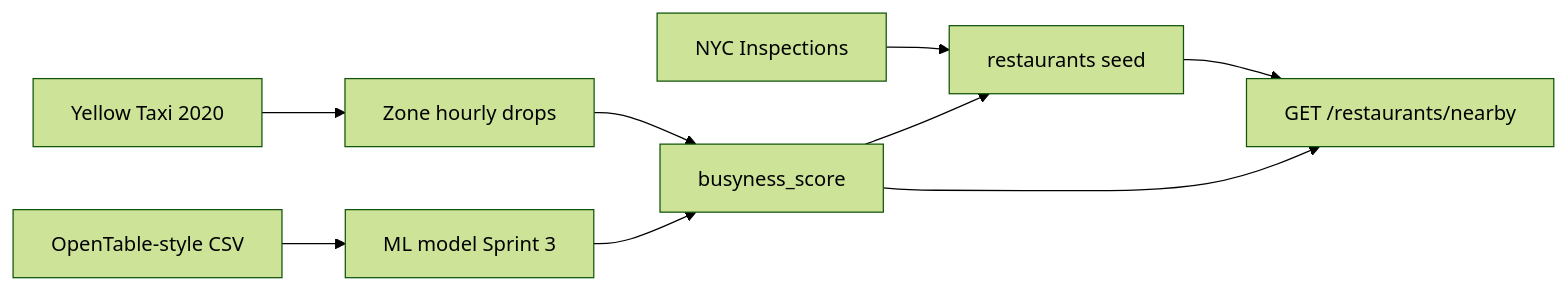
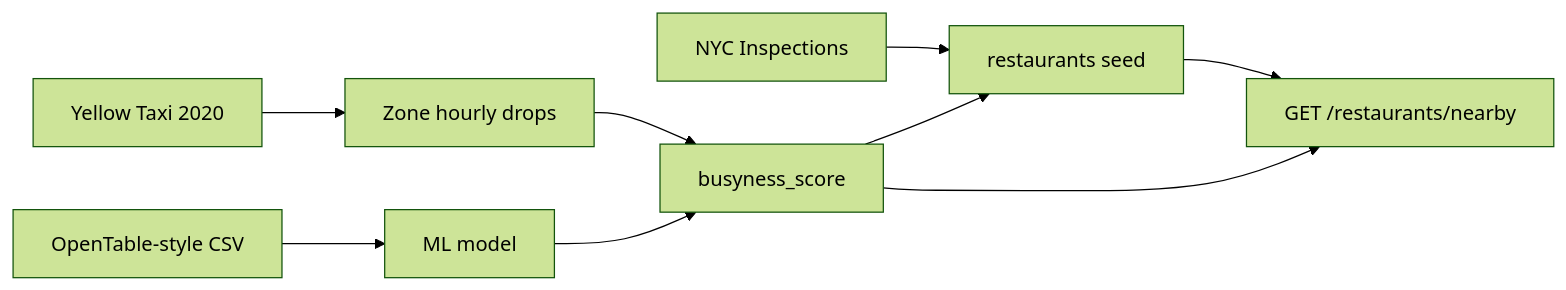
Before and after one commit to chukwuemekanwoke-jpg/comp47360-team2: the diagram in docs/data-strategy.md, drawn with Mermaid (forest theme). The commit also changed other lines of this file and 11 other files, not shown here.

Commit message:
align architecture docs with Vite, JWT, Routes API, and REST polling

````diff
--- a/docs/data-strategy.md
+++ b/docs/data-strategy.md
@@ -147,11 +147,11 @@
 ```mermaid
 flowchart LR
   A[NYC Inspections] --> R[restaurants seed]
   B[Yellow Taxi 2020] --> Z[Zone hourly drops]
   Z --> S[busyness_score]
   S --> R
-  C[OpenTable-style CSV] --> M[ML model Sprint 3]
+  C[OpenTable-style CSV] --> M[ML model]
   M --> S
   R --> API[GET /restaurants/nearby]
   S --> API
 ```
````
